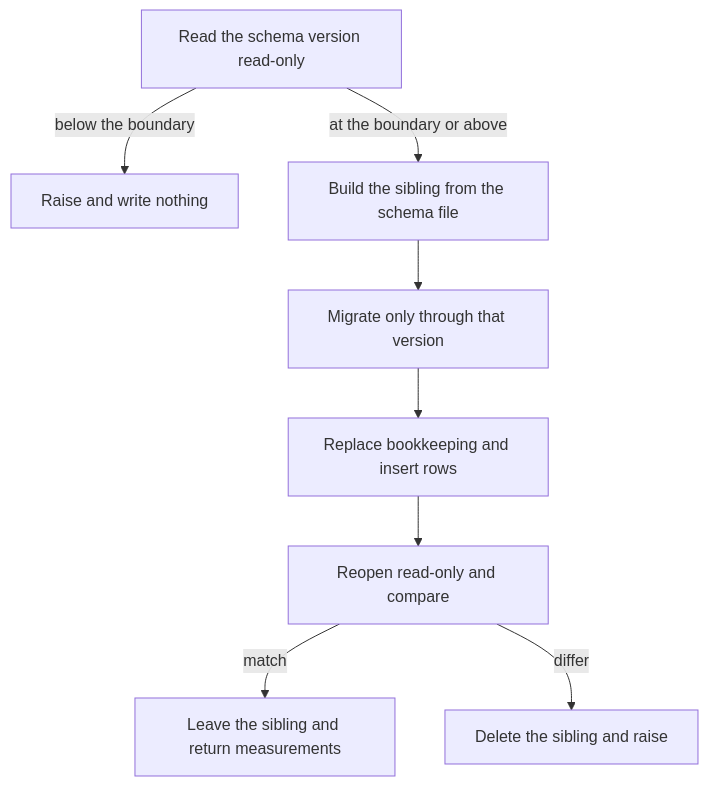
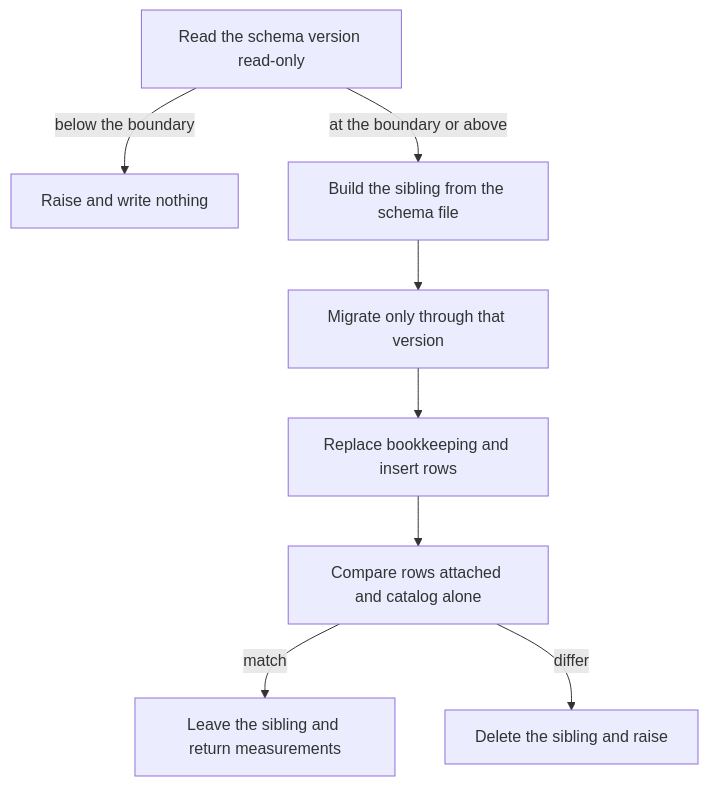
Before and after one commit to Texarkanine/stockroom: the diagram in memory-bank/active/tasks.md, drawn with Mermaid. The commit also changed other lines of this file and 10 other files, not shown here.

````diff
--- a/memory-bank/active/tasks.md
+++ b/memory-bank/active/tasks.md
@@ -15,16 +15,16 @@
 ```mermaid
 flowchart TD
   read[Read the schema version read-only]
   refuse[Raise and write nothing]
   build[Build the sibling from the schema file]
   bound[Migrate only through that version]
   rows[Replace bookkeeping and insert rows]
-  verify[Reopen read-only and compare]
+  verify[Compare rows attached and catalog alone]
   keep[Leave the sibling and return measurements]
   drop[Delete the sibling and raise]
   read -->|below the boundary| refuse
   read -->|at the boundary or above| build
   build --> bound --> rows --> verify
   verify -->|match| keep
   verify -->|differ| drop
 ```
````
